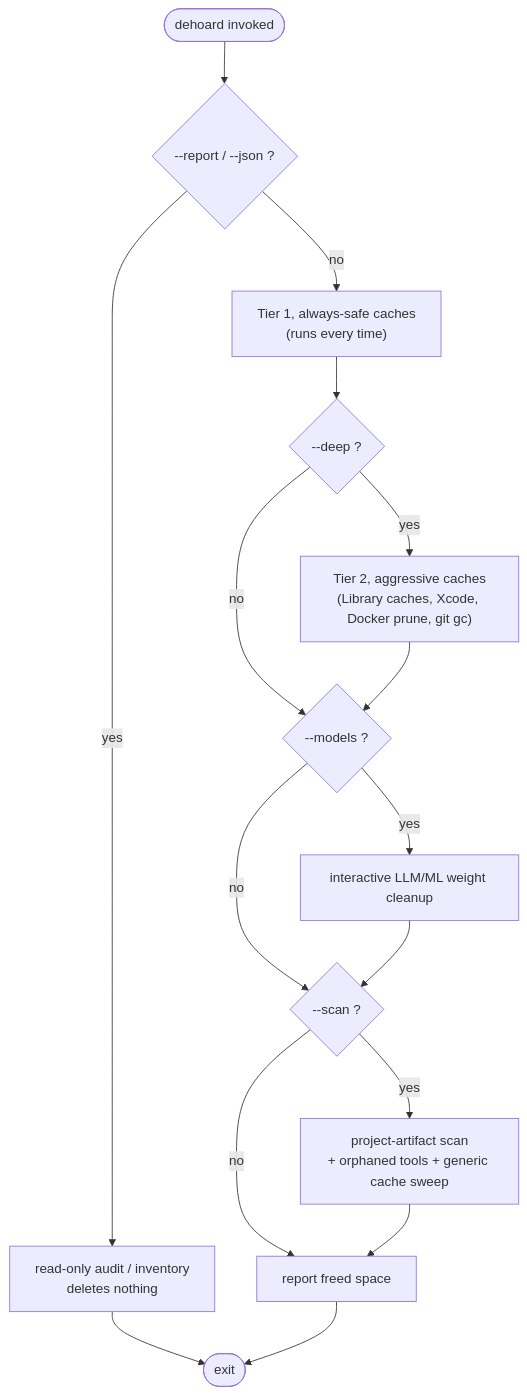
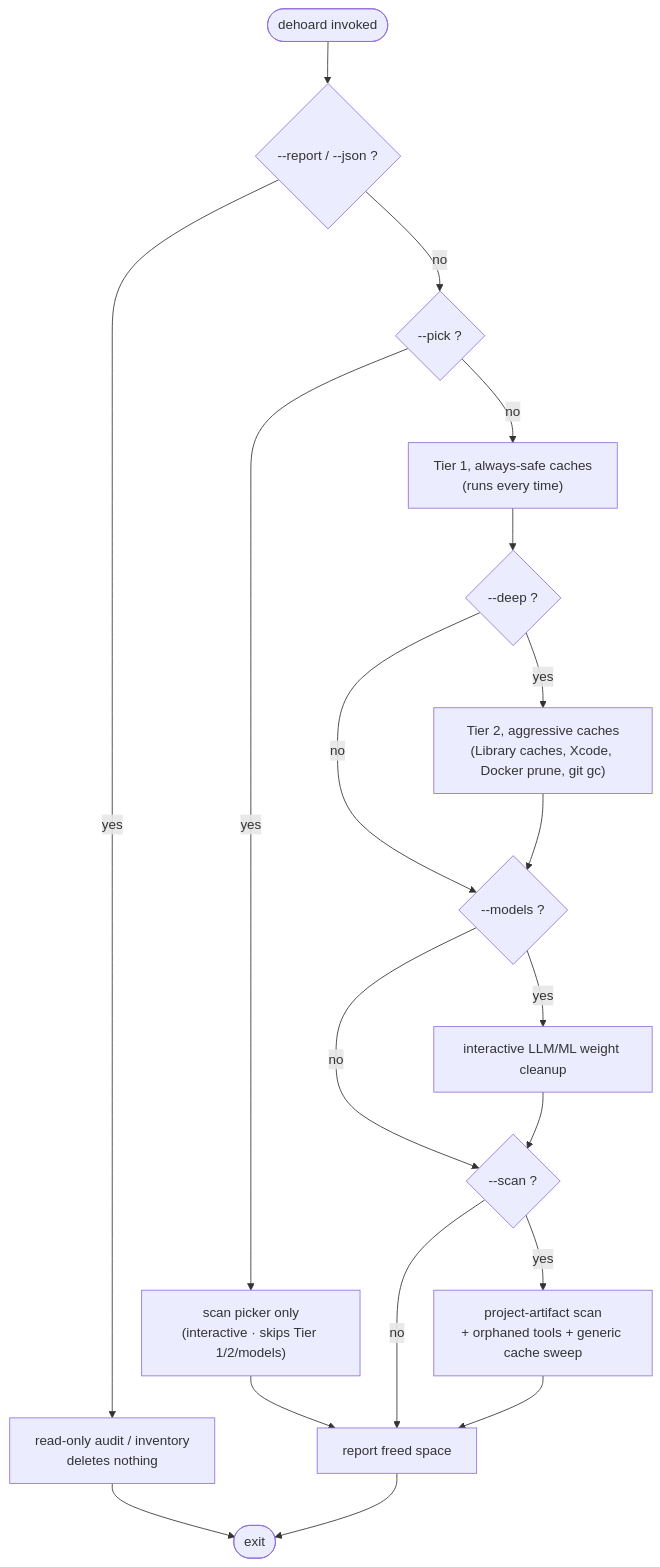
The first of 2 diagrams in docs/ARCHITECTURE.md (vishwaksena-dingari/dehoard), drawn with Mermaid before and after one commit. The commit also changed other lines of this file and 10 other files, not shown here.

````diff
--- a/docs/ARCHITECTURE.md
+++ b/docs/ARCHITECTURE.md
@@ -46,17 +53,19 @@
 ```mermaid
 flowchart TD
     Start([dehoard invoked]) --> RO{"--report / --json ?"}
     RO -- yes --> Audit[read-only audit / inventory<br/>deletes nothing] --> End([exit])
-    RO -- no --> T1["Tier 1, always-safe caches<br/>(runs every time)"]
+    RO -- no --> PK{"--pick ?"}
+    PK -- yes --> Pick["scan picker only<br/>(interactive · skips Tier 1/2/models)"] --> Res
+    PK -- no --> T1["Tier 1, always-safe caches<br/>(runs every time)"]
     T1 --> D{"--deep ?"}
     D -- yes --> T2["Tier 2, aggressive caches<br/>(Library caches, Xcode, Docker prune, git gc)"]
     D -- no --> M
     T2 --> M{"--models ?"}
     M -- yes --> Mdl["interactive LLM/ML weight cleanup"]
     M -- no --> S
     Mdl --> S{"--scan ?"}
     S -- yes --> Scan["project-artifact scan<br/>+ orphaned tools + generic cache sweep"]
     S -- no --> Res
     Scan --> Res[report freed space]
     Res --> End
 ```
````
